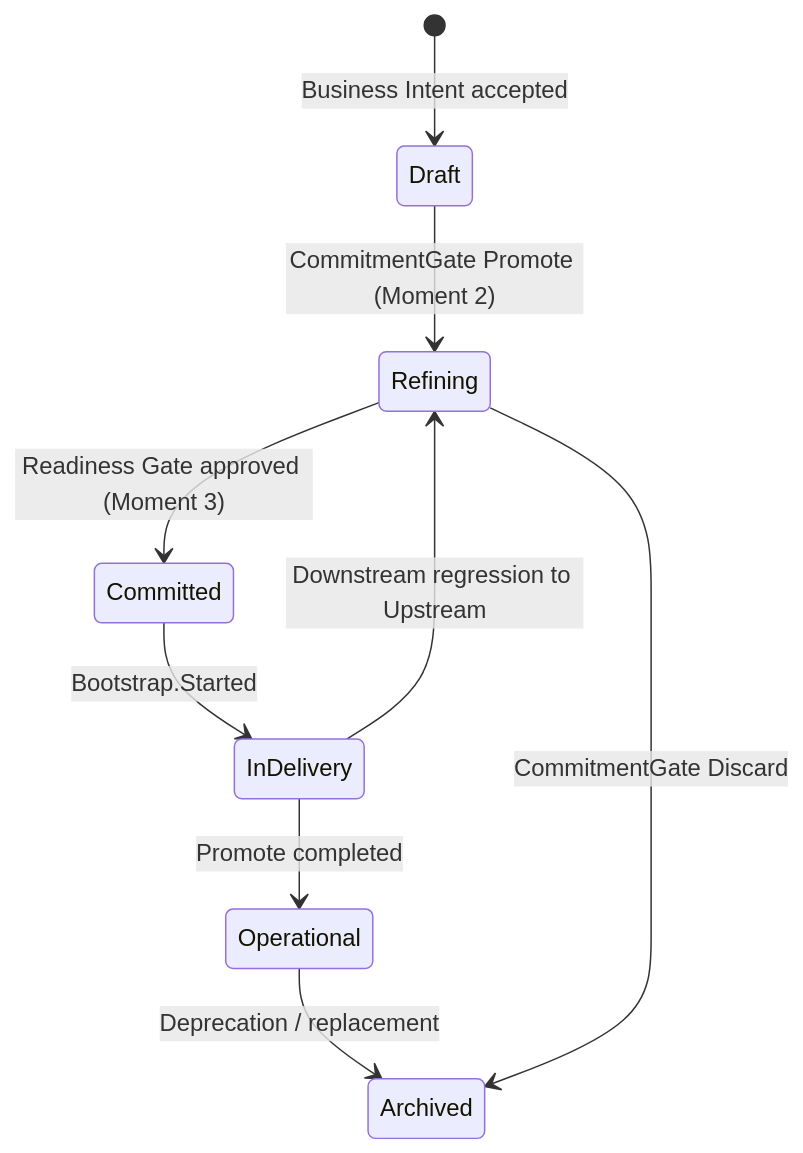
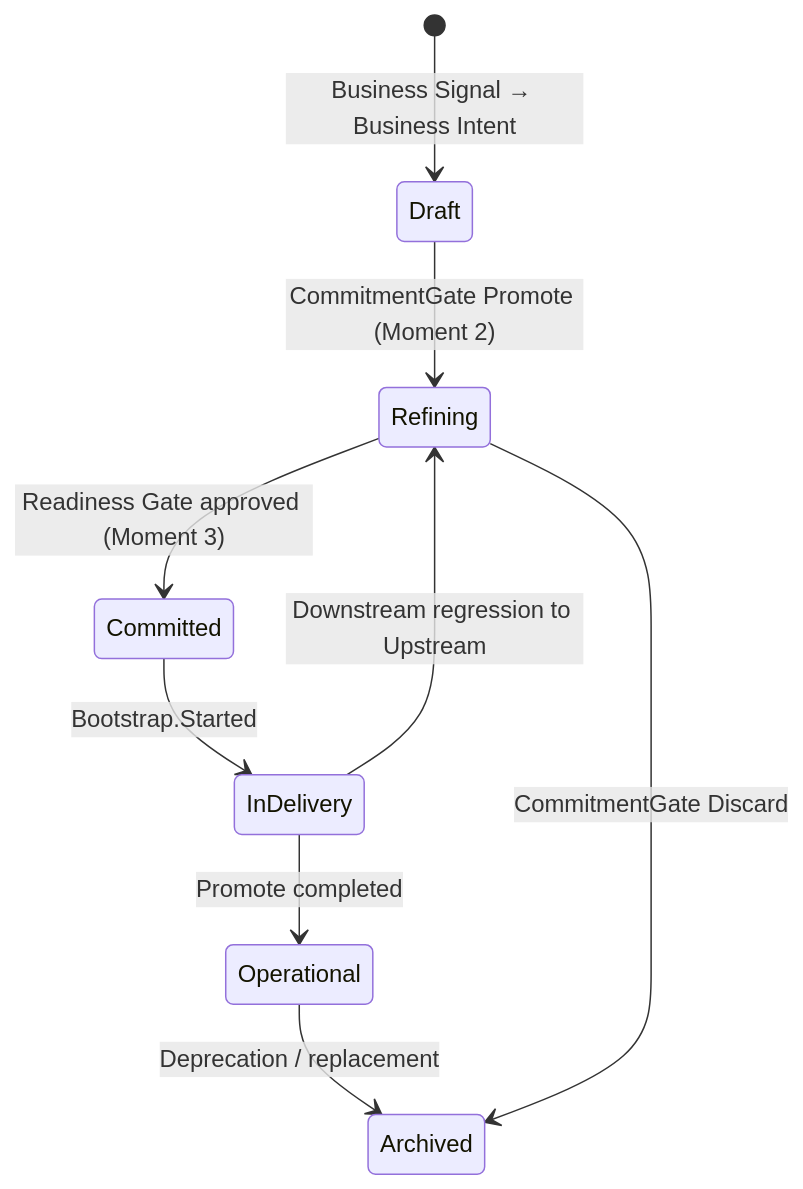
One commit to produtoreativo/from-intent-to-outcome changed the first of 2 diagrams in en/chapter-07.md. Above: the diagram before and after it, drawn with Mermaid. The commit also changed other lines of this file and 7 other files, not shown here.

First line of the commit message:
fix: corrige origem do OBC — nasce na transição Business Signal → Business Intent

````diff
--- a/en/chapter-07.md
+++ b/en/chapter-07.md
@@ -46,11 +46,11 @@
 ```mermaid
 stateDiagram-v2
-    [*] --> Draft : Business Intent accepted
+    [*] --> Draft : Business Signal → Business Intent
     Draft --> Refining : CommitmentGate Promote (Moment 2)
     Refining --> Committed : Readiness Gate approved (Moment 3)
     Committed --> InDelivery : Bootstrap.Started
     InDelivery --> Operational : Promote completed
     Operational --> Archived : Deprecation / replacement
     Refining --> Archived : CommitmentGate Discard
     InDelivery --> Refining : Downstream regression to Upstream
 ```
````
